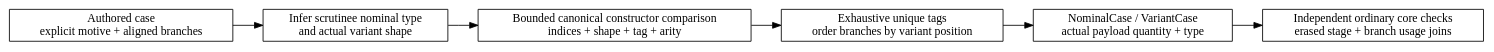
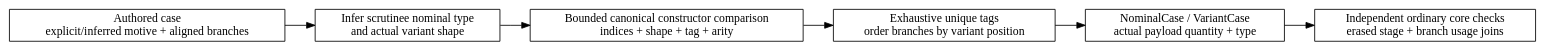
The diagram in docs/diagrams/direct-data-cases.dot (odunboye/fibril), drawn with Graphviz before and after one commit. The commit also changed 24 other files, not shown here.

```diff
--- a/docs/diagrams/direct-data-cases.dot
+++ b/docs/diagrams/direct-data-cases.dot
@@ -1,11 +1,11 @@
 digraph DirectDataCases {
   rankdir=LR;
   node [shape=box];
-  source [label="Authored case\nexplicit motive + aligned branches"];
+  source [label="Authored case\nexplicit/inferred motive + aligned branches"];
   infer [label="Infer scrutinee nominal type\nand actual variant shape"];
   compare [label="Bounded canonical constructor comparison\nindices + shape + tag + arity"];
   coverage [label="Exhaustive unique tags\norder branches by variant position"];
   assemble [label="NominalCase / VariantCase\nactual payload quantity + type"];
   check [label="Independent ordinary core checks\nerased stage + branch usage joins"];
   source -> infer -> compare -> coverage -> assemble -> check;
 }
```
